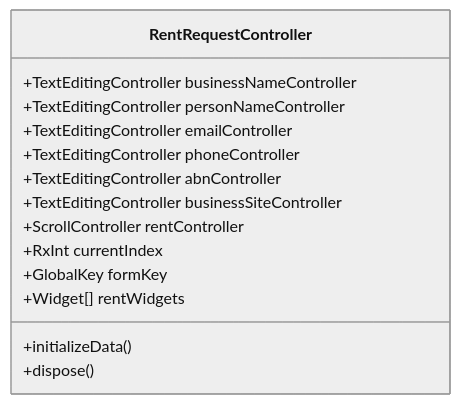
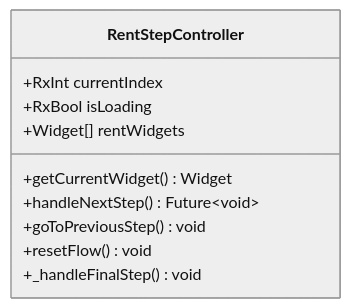
The third of 6 diagrams in .qoder/repowiki/en/content/Core Features/Business Services/Rent Furniture System.md (Ariful3111/FurniGo), drawn with Mermaid (neutral theme) before and after one commit. The commit also changed other lines of this file and 9 other files, not shown here.

````diff
--- a/.qoder/repowiki/en/content/Core Features/Business Services/Rent Furniture System.md
+++ b/.qoder/repowiki/en/content/Core Features/Business Services/Rent Furniture System.md
@@ -166,17 +166,13 @@
 ```mermaid
 classDiagram
-class RentRequestController {
-+TextEditingController businessNameController
-+TextEditingController personNameController
-+TextEditingController emailController
-+TextEditingController phoneController
-+TextEditingController abnController
-+TextEditingController businessSiteController
-+ScrollController rentController
+class RentStepController {
 +RxInt currentIndex
-+GlobalKey formKey
++RxBool isLoading
 +Widget[] rentWidgets
-+initializeData()
-+dispose()
++getCurrentWidget() Widget
++handleNextStep() Future~void~
++goToPreviousStep() void
++resetFlow() void
++_handleFinalStep() void
 }
 ```
````
